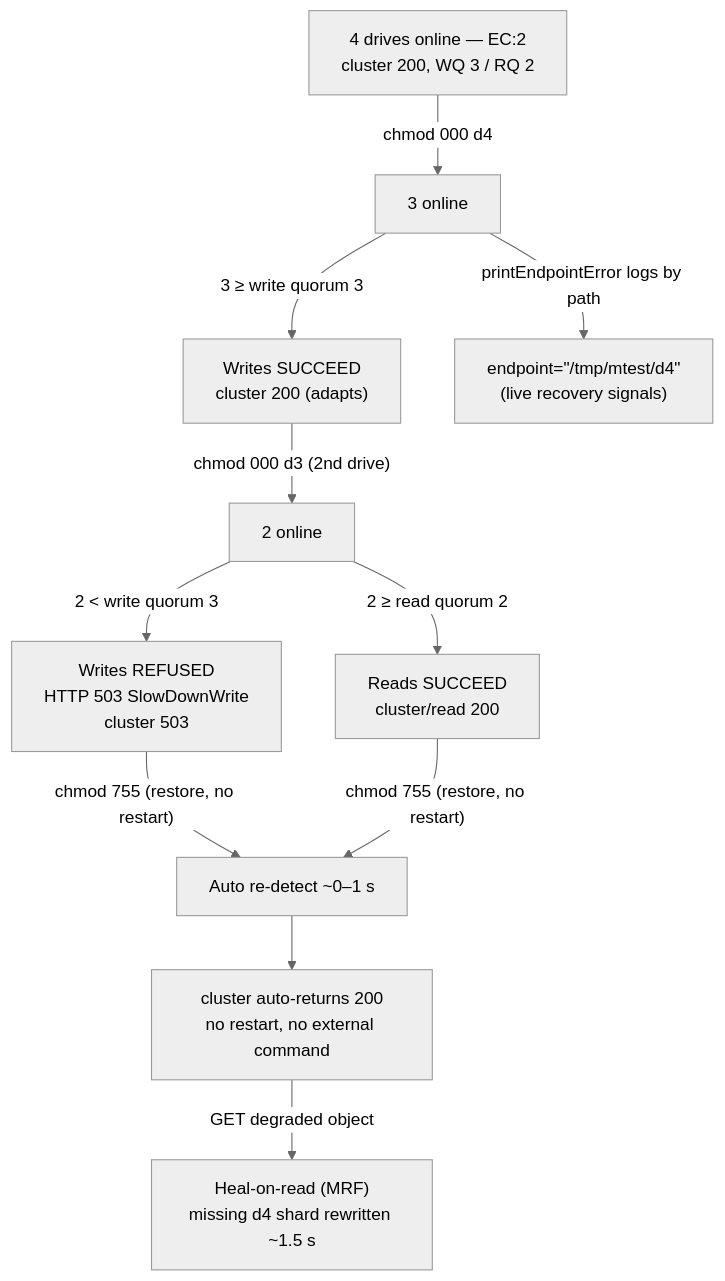
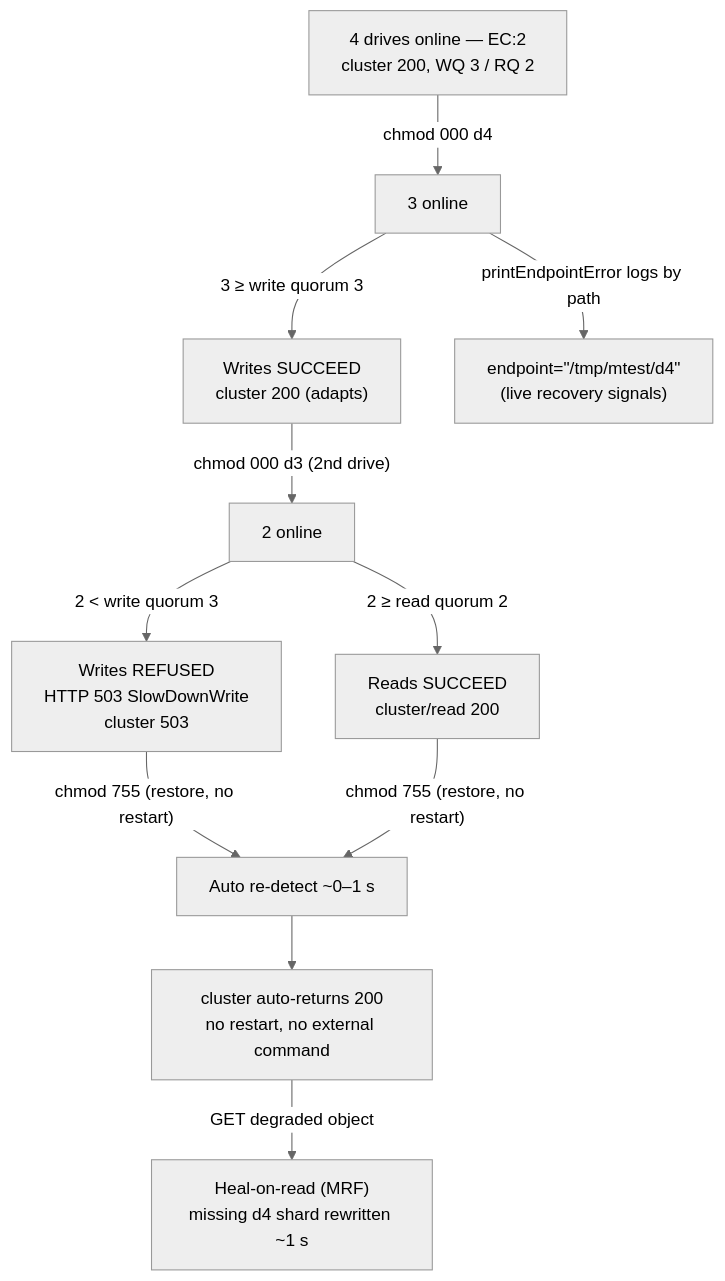
The diagram in blitzy/documentation/minio_c07e5b49d477.md (blitzy-research/minio), drawn with Mermaid (neutral theme) before and after one commit. The commit also changed other lines of this file, not shown here.

````diff
--- a/blitzy/documentation/minio_c07e5b49d477.md
+++ b/blitzy/documentation/minio_c07e5b49d477.md
@@ -52,13 +52,13 @@
 ```mermaid
 flowchart TD
     A["4 drives online — EC:2<br/>cluster 200, WQ 3 / RQ 2"] -->|"chmod 000 d4"| B["3 online"]
     B -->|"3 &ge; write quorum 3"| C["Writes SUCCEED<br/>cluster 200 (adapts)"]
     B -->|"printEndpointError logs by path"| L["endpoint=&quot;/tmp/mtest/d4&quot;<br/>(live recovery signals)"]
     C -->|"chmod 000 d3 (2nd drive)"| D["2 online"]
     D -->|"2 &lt; write quorum 3"| E["Writes REFUSED<br/>HTTP 503 SlowDownWrite<br/>cluster 503"]
     D -->|"2 &ge; read quorum 2"| F["Reads SUCCEED<br/>cluster/read 200"]
     E -->|"chmod 755 (restore, no restart)"| G["Auto re-detect ~0&ndash;1 s"]
     F -->|"chmod 755 (restore, no restart)"| G
     G --> H["cluster auto-returns 200<br/>no restart, no external command"]
-    H -->|"GET degraded object"| I["Heal-on-read (MRF)<br/>missing d4 shard rewritten ~1.5 s"]
+    H -->|"GET degraded object"| I["Heal-on-read (MRF)<br/>missing d4 shard rewritten ~1 s"]
 ```
````
